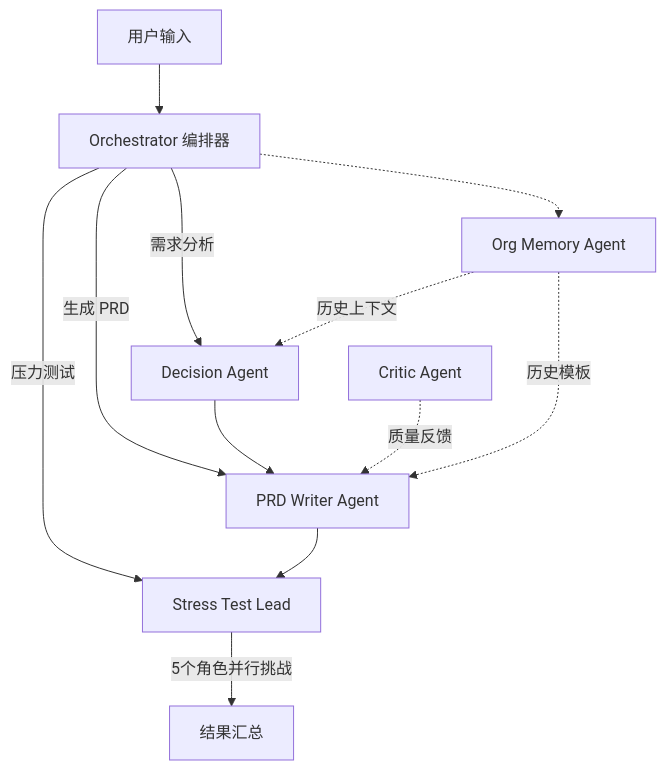
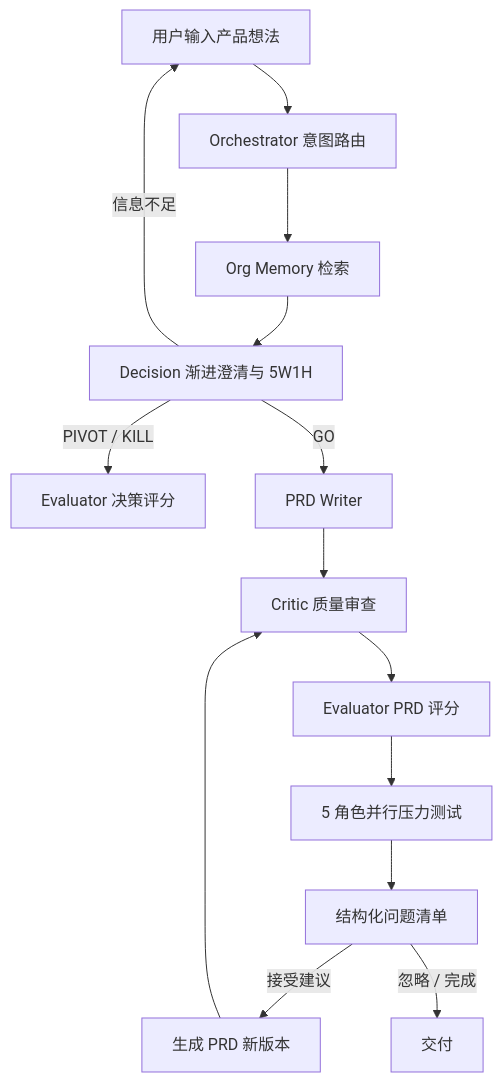
Before and after one commit to wangfuwen/PM-Copilot: the diagram in README.md, drawn with Mermaid. The commit also changed other lines of this file and 41 other files, not shown here.

````diff
--- a/README.md
+++ b/README.md
@@ -15,14 +20,16 @@
 ```mermaid
-graph TD
-    U[用户输入] --> O[Orchestrator 编排器]
-    O -->|需求分析| D[Decision Agent]
-    O -->|生成 PRD| P[PRD Writer Agent]
-    O -->|压力测试| S[Stress Test Lead]
-    D --> P
-    P --> S
-    S -->|5个角色并行挑战| R[结果汇总]
-    O -.-> M[Org Memory Agent]
-    C[Critic Agent] -.->|质量反馈| P
-    M -.->|历史上下文| D
-    M -.->|历史模板| P
+flowchart TD
+    U[用户输入产品想法] --> O[Orchestrator 意图路由]
+    O --> M[Org Memory 检索]
+    M --> D[Decision 渐进澄清与 5W1H]
+    D -->|信息不足| U
+    D -->|PIVOT / KILL| E1[Evaluator 决策评分]
+    D -->|GO| P[PRD Writer]
+    P --> C[Critic 质量审查]
+    C --> E2[Evaluator PRD 评分]
+    E2 --> S[5 角色并行压力测试]
+    S --> I[结构化问题清单]
+    I -->|接受建议| R[生成 PRD 新版本]
+    R --> C
+    I -->|忽略 / 完成| END[交付]
 ```
````
